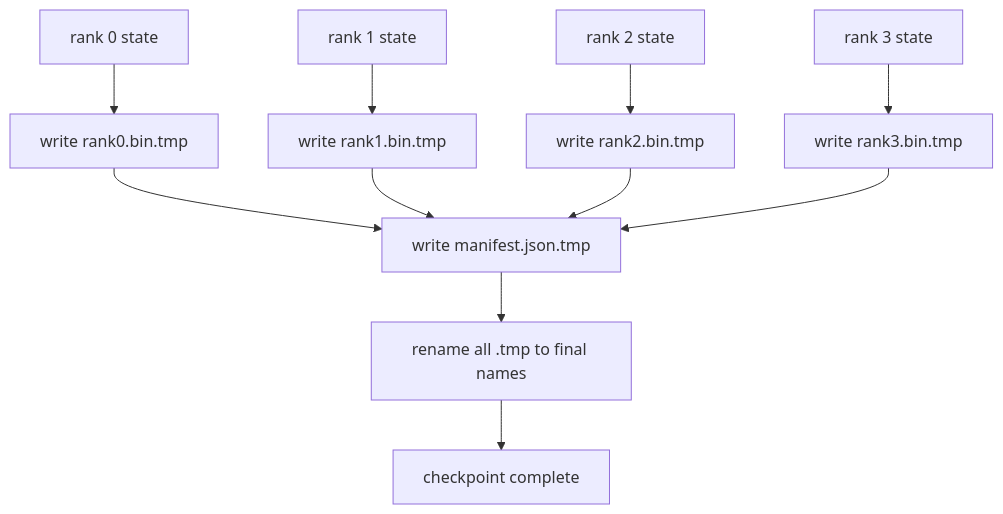
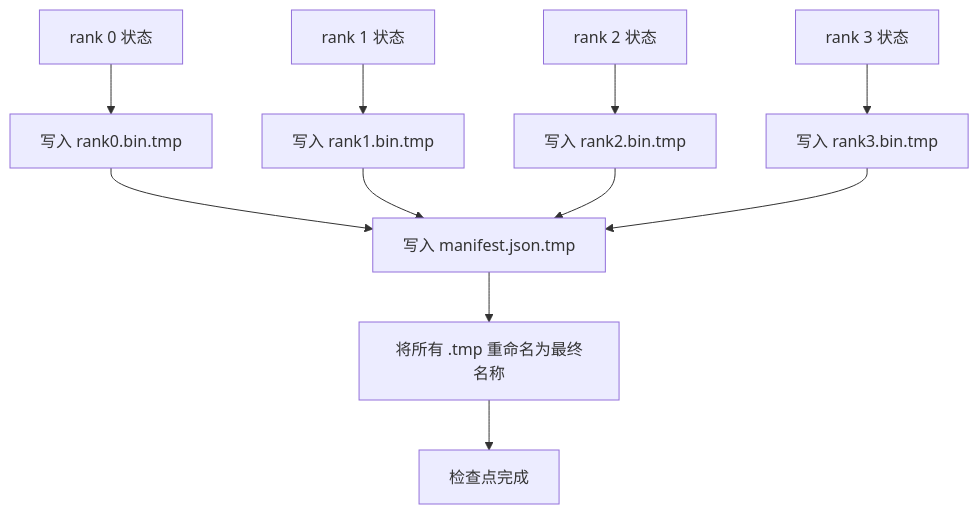
One commit to guangningsun/ailearning changed the diagram in lessons/19-capstone-projects/80-checkpoint-sharded-resume/docs/zh.md. Above: the diagram before and after it, drawn with Mermaid. The commit also changed other lines of this file and 85 other files, not shown here.

````diff
--- a/lessons/19-capstone-projects/80-checkpoint-sharded-resume/docs/zh.md
+++ b/lessons/19-capstone-projects/80-checkpoint-sharded-resume/docs/zh.md
@@ -25,10 +25,10 @@
 ```mermaid
 flowchart TD
-  S0[rank 0 state] --> W0[write rank0.bin.tmp]
-  S1[rank 1 state] --> W1[write rank1.bin.tmp]
-  S2[rank 2 state] --> W2[write rank2.bin.tmp]
-  S3[rank 3 state] --> W3[write rank3.bin.tmp]
-  W0 & W1 & W2 & W3 --> M[write manifest.json.tmp]
-  M --> R[rename all .tmp to final names]
-  R --> Done[checkpoint complete]
+  S0[rank 0 状态] --> W0[写入 rank0.bin.tmp]
+  S1[rank 1 状态] --> W1[写入 rank1.bin.tmp]
+  S2[rank 2 状态] --> W2[写入 rank2.bin.tmp]
+  S3[rank 3 状态] --> W3[写入 rank3.bin.tmp]
+  W0 & W1 & W2 & W3 --> M[写入 manifest.json.tmp]
+  M --> R[将所有 .tmp 重命名为最终名称]
+  R --> Done[检查点完成]
 ```
````
